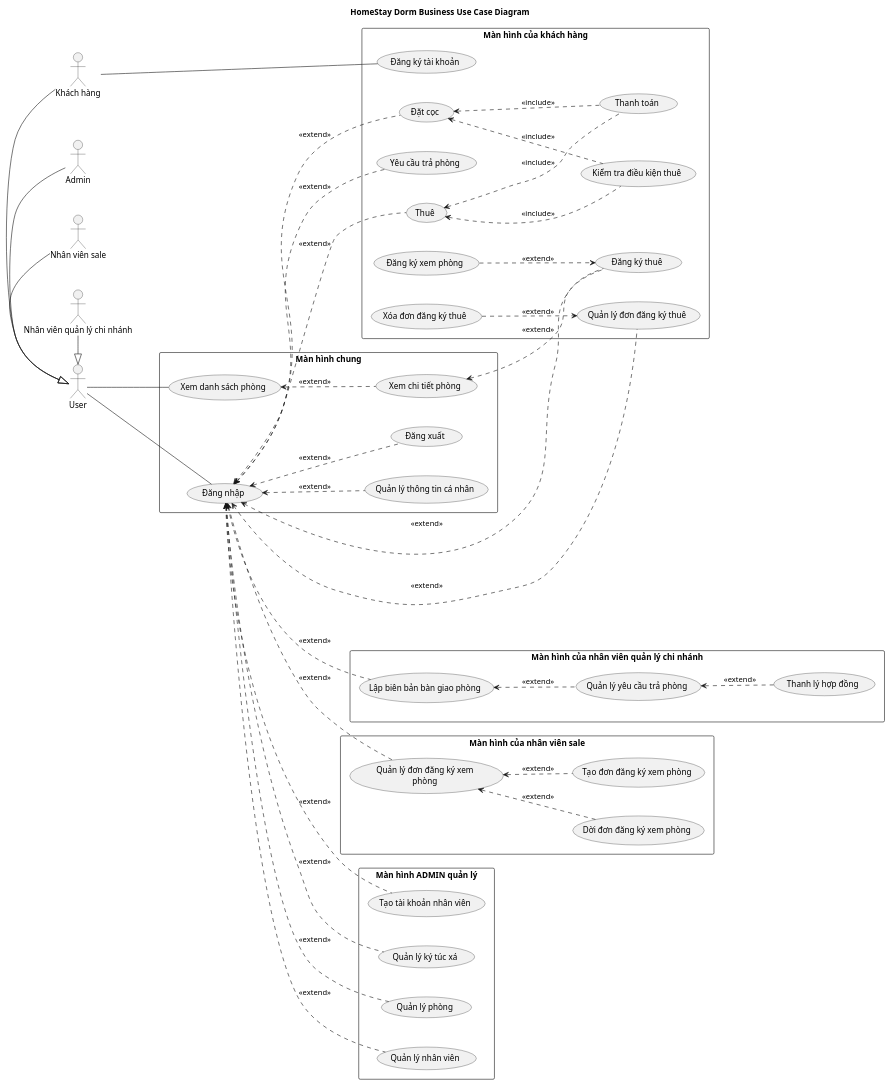
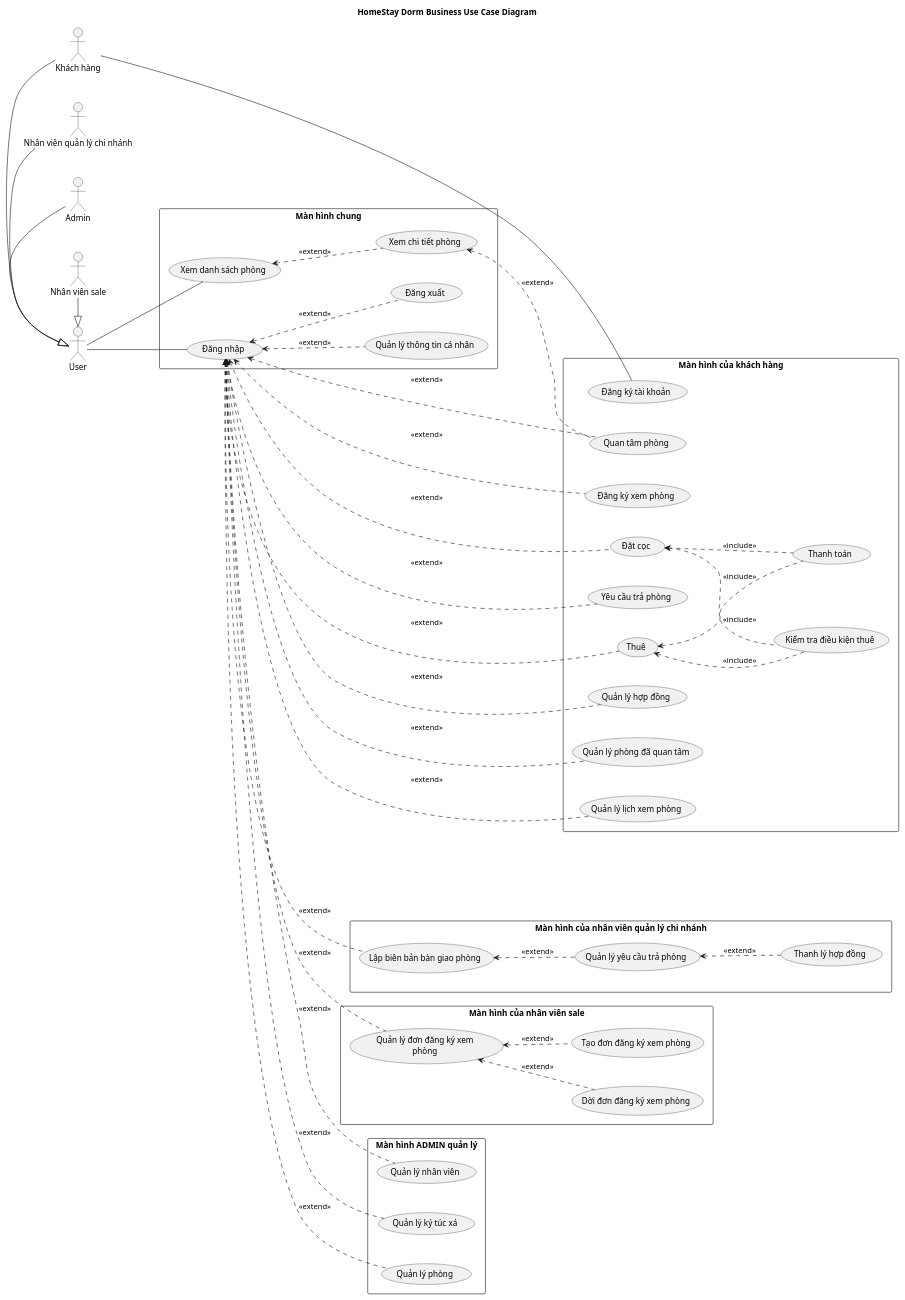
The diagram in doc/system/use-case/usecase.wsd (Gnourt812005/HCMUS-Analyze-and-desgin-IS), drawn with PlantUML before and after one commit. The commit also changed 22 other files, not shown here.

```diff
--- a/doc/system/use-case/usecase.wsd
+++ b/doc/system/use-case/usecase.wsd
@@ -1,122 +1,119 @@
 @startuml BusinessUsecase
 title HomeStay Dorm Business Use Case Diagram
 skinparam packageStyle rectangle
 
 ' --- SETUP LAYOUT ---
 ' skinparam linetype ortho
 ' skinparam nodesep 60
 ' skinparam ranksep 80
 ' skinparam wrapWidth 200
 
 
 skinparam nodesep 50
 skinparam ranksep 60
 skinparam wrapWidth 200
 
 ' Direction
 left to right direction
 
 ' Define B.Actors
 actor "Khách hàng" as customer
 actor "Nhân viên sale" as employee_sale
 actor "Nhân viên quản lý chi nhánh" as employee_manager
 actor "Admin" as admin
 actor "User" as user
 
 customer -|> user
 employee_sale -|> user
 employee_manager -|> user
 admin -|> user
 
 ' Entity Managment Use-case'Họ và tên
 ' Admin Use-case'
 
 rectangle "Màn hình chung" {
   usecase "Đăng nhập" as UC_DangNhap
   usecase "Đăng xuất" as UC_DangXuat
   usecase "Quản lý thông tin cá nhân" as UC_QuanLyThongTinCaNhan
   usecase "Xem danh sách phòng" as UC_XemDanhSachPhong
   usecase "Xem chi tiết phòng" as UC_XemChiTietPhong
 
   user -- UC_DangNhap
   UC_DangNhap <.. UC_DangXuat: <<extend>>
   UC_DangNhap <.. UC_QuanLyThongTinCaNhan: <<extend>>
   user -- UC_XemDanhSachPhong
   UC_XemDanhSachPhong <.. UC_XemChiTietPhong: <<extend>>
 }
 
 rectangle "Màn hình của nhân viên quản lý chi nhánh" {
   usecase "Lập biên bản bàn giao phòng" as UC_LapBienBanBanGiaoPhong
   usecase "Quản lý yêu cầu trả phòng" as UC_QuanLyYeuCauTraPhong
   usecase "Thanh lý hợp đồng" as UC_ThanhLyHopDong  
 
   UC_DangNhap <.. UC_LapBienBanBanGiaoPhong: <<extend>>
   UC_LapBienBanBanGiaoPhong <.. UC_QuanLyYeuCauTraPhong: <<extend>>
   UC_QuanLyYeuCauTraPhong <.. UC_ThanhLyHopDong: <<extend>>
 }
 
 rectangle "Màn hình của nhân viên sale" {
   usecase "Quản lý đơn đăng ký xem phòng" as UC_QuanLyDonDangKyXemPhong
   usecase "Dời đơn đăng ký xem phòng" as UC_DoiDonDangKyXemPhong
   usecase "Tạo đơn đăng ký xem phòng" as UC_TaoDonDangKyXemPhong
 
   UC_DangNhap <.. UC_QuanLyDonDangKyXemPhong: <<extend>>
   UC_QuanLyDonDangKyXemPhong <.. UC_DoiDonDangKyXemPhong: <<extend>>
   UC_QuanLyDonDangKyXemPhong <.. UC_TaoDonDangKyXemPhong: <<extend>>
 }
 
 ' Customer sub-system'
 rectangle "Màn hình của khách hàng" {
   usecase "Đăng ký tài khoản" as UC_DangKy
   usecase "Đăng ký xem phòng" as UC_DangKyXemPhong
-
-  usecase "Đăng ký thuê" as UC_DangKyThue
-  usecase "Quản lý đơn đăng ký thuê" as UC_QuanLyDonDangKyThue
-  usecase "Xóa đơn đăng ký thuê" as UC_XoaDonDangKyThue
-
   usecase "Đặt cọc" as UC_DatCoc
   usecase "Kiểm tra điều kiện thuê" as UC_KiemTraDieuKienThue
 
   usecase "Yêu cầu trả phòng" as UC_YeuCauTraPhong
   usecase "Thanh toán" as UC_ThanhToan
 
   usecase "Thuê" as UC_Thue
+  usecase "Quản lý hợp đồng" as UC_QuanLyHopDong
+  usecase "Quản lý phòng đã quan tâm" as UC_QuanLyPhongDaQuanTam
+  usecase "Quản lý lịch xem phòng" as UC_QuanLyLichXemPhong
+  usecase "Quan tâm phòng" as UC_QuanTamPhong
 
   customer -- UC_DangKy
-
-  UC_XemChiTietPhong <.. UC_DangKyThue : <<extend>>
-  UC_DangNhap <.. UC_DangKyThue: <<extend>>
-  UC_DangKyXemPhong ..> UC_DangKyThue: <<extend>>
-  UC_DangNhap <.. UC_QuanLyDonDangKyThue: <<extend>>
-  UC_XoaDonDangKyThue ..> UC_QuanLyDonDangKyThue: <<extend>>
 
   UC_DangNhap <.. UC_DatCoc: <<extend>>
   UC_DatCoc <.. UC_KiemTraDieuKienThue: <<include>>
   UC_DatCoc <.. UC_ThanhToan: <<include>>
 
   UC_DangNhap <.. UC_Thue: <<extend>>
   UC_Thue <.. UC_ThanhToan: <<include>>
   UC_Thue <.. UC_KiemTraDieuKienThue: <<include>>
 
   UC_DangNhap <.. UC_YeuCauTraPhong: <<extend>>
+  UC_DangNhap <.. UC_QuanLyHopDong: <<extend>>
+  UC_DangNhap <.. UC_QuanLyPhongDaQuanTam: <<extend>>
+  UC_DangNhap <.. UC_QuanLyLichXemPhong: <<extend>>
+  UC_DangNhap <.. UC_DangKyXemPhong: <<extend>>
+  UC_DangNhap <.. UC_QuanTamPhong: <<extend>>
+  UC_XemChiTietPhong <.. UC_QuanTamPhong: <<extend>>
 }
 
 ' usecase "Xử lý nhận phòng" as UC_XuLyNhanPhong
 
 ' usecase "Tính khoản hoàn cọc và khấu trừ" as UC_TinhHoanCocKhauTru
 
 ' Actor - Main Use Cases Associations
 
 rectangle "Màn hình ADMIN quản lý" {
-  usecase "Tạo tài khoản nhân viên" as UC_TaoTaiKhoanNhanVien
   usecase "Quản lý ký túc xá" as UC_QuanLyKyTucXa
   usecase "Quản lý phòng" as UC_QuanLyPhong
   usecase "Quản lý nhân viên" as UC_QuanLyNhanVien
 
-  UC_DangNhap <.. UC_TaoTaiKhoanNhanVien: <<extend>>
   UC_DangNhap <.. UC_QuanLyKyTucXa: <<extend>>
   UC_DangNhap <.. UC_QuanLyPhong: <<extend>>
   UC_DangNhap <.. UC_QuanLyNhanVien: <<extend>>
 }
 
 @enduml
```
